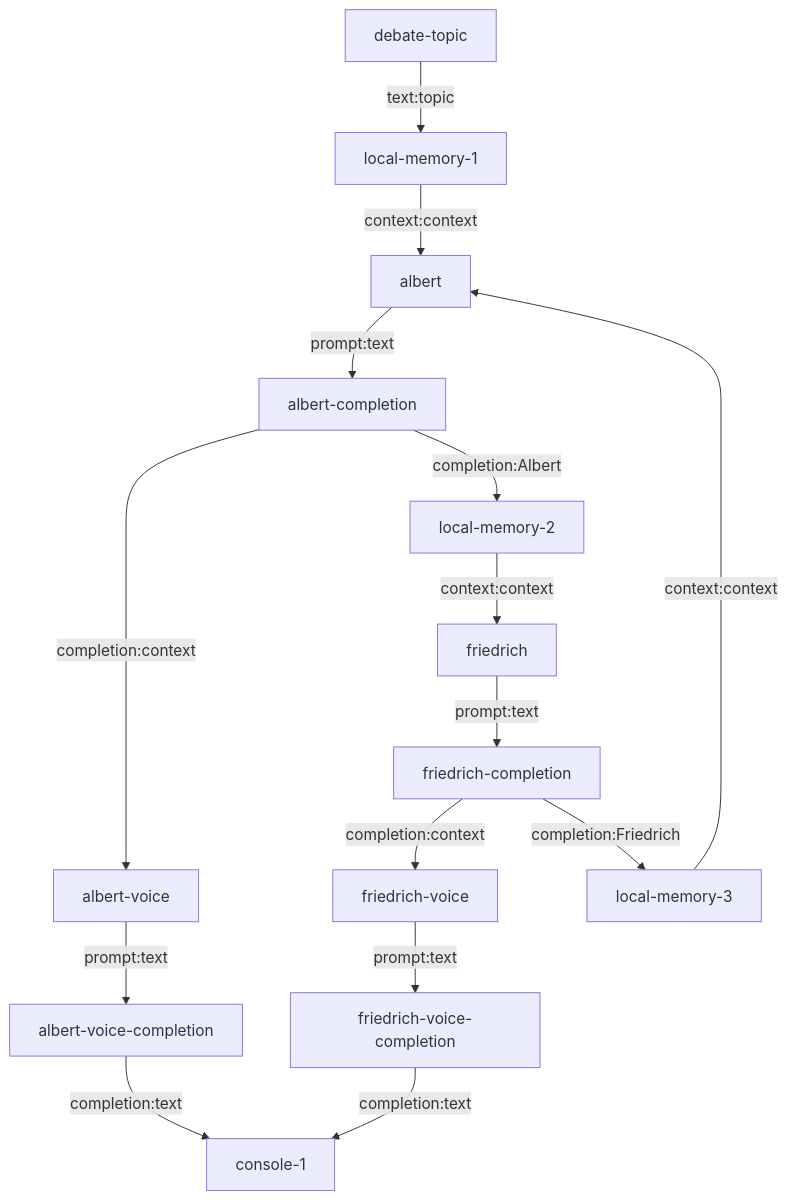
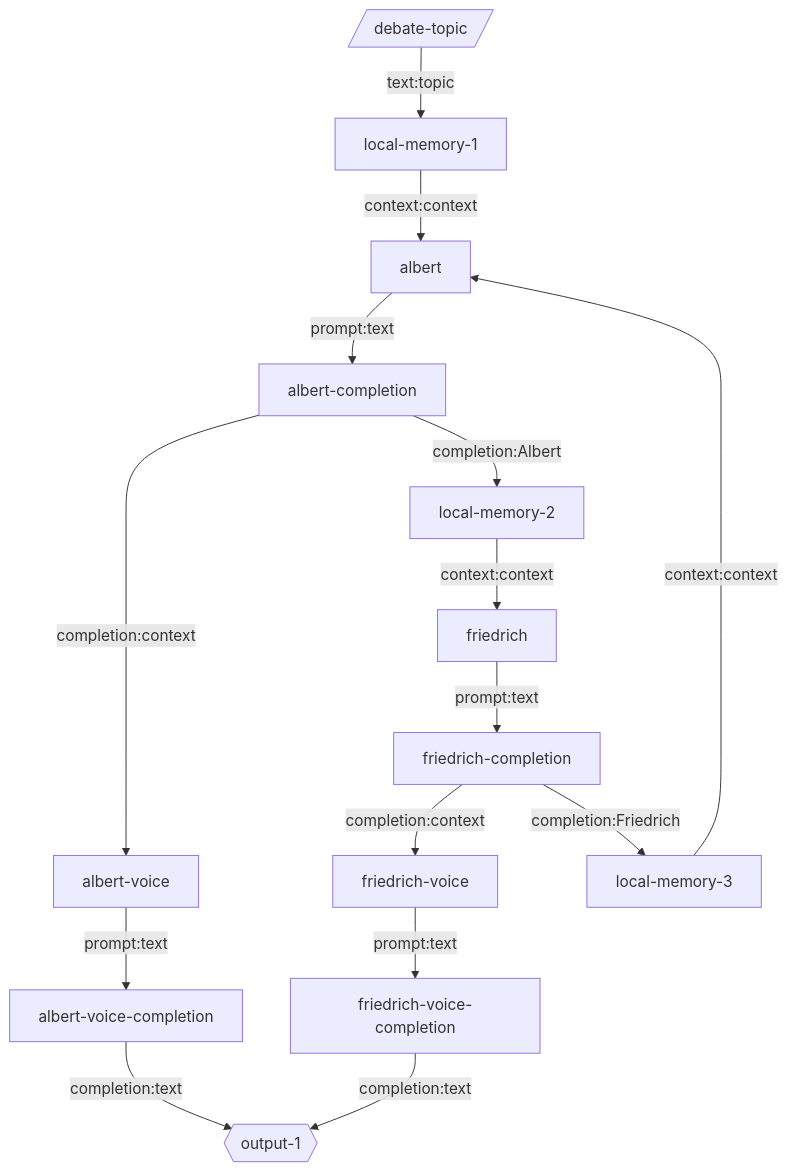
Before and after one commit to breadboard-ai/breadboard: the diagram in seeds/graph-playground/docs/graphs/endless-debate-with-voice.md, drawn with Mermaid. The commit also changed 12 other files, not shown here.

Commit message:
[graph-playgroun] Update diagrams.

````diff
--- a/seeds/graph-playground/docs/graphs/endless-debate-with-voice.md
+++ b/seeds/graph-playground/docs/graphs/endless-debate-with-voice.md
@@ -4,17 +4,17 @@
 ```mermaid
 graph TD;
-debate-topic -- text:topic --> local-memory-1
+debate-topic[/debate-topic/] -- text:topic --> local-memory-1
 local-memory-1 -- context:context --> albert
 albert -- prompt:text --> albert-completion
 albert-completion -- completion:context --> albert-voice
 albert-voice -- prompt:text --> albert-voice-completion
-albert-voice-completion -- completion:text --> console-1
+albert-voice-completion -- completion:text --> output-1{{output-1}}
 albert-completion -- completion:Albert --> local-memory-2
 local-memory-2 -- context:context --> friedrich
 friedrich -- prompt:text --> friedrich-completion
 friedrich-completion -- completion:context --> friedrich-voice
 friedrich-voice -- prompt:text --> friedrich-voice-completion
-friedrich-voice-completion -- completion:text --> console-1
+friedrich-voice-completion -- completion:text --> output-1{{output-1}}
 friedrich-completion -- completion:Friedrich --> local-memory-3
 local-memory-3 -- context:context --> albert
 ```
````
